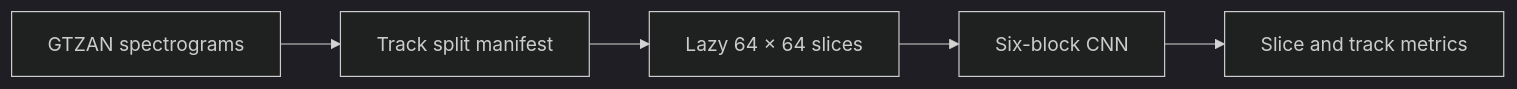
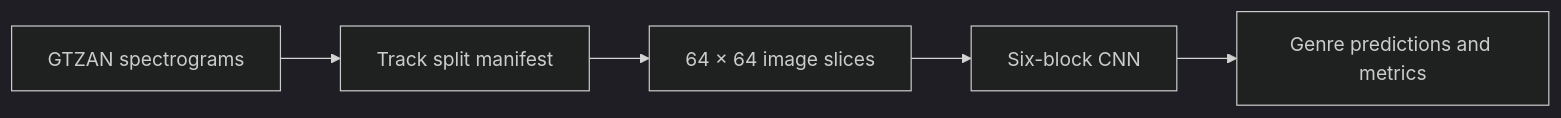
The diagram in README.md (russellmo945/music-genre-classification-cnn), drawn with Mermaid (dark theme) before and after one commit. The commit also changed other lines of this file, not shown here.

Commit message:
Present project architecture, experiments, results, and usage clearly

````diff
--- a/README.md
+++ b/README.md
@@ -31,7 +29,7 @@
 ```mermaid
 flowchart LR
     A[GTZAN spectrograms] --> B[Track split manifest]
-    B --> C[Lazy 64 × 64 slices]
+    B --> C[64 × 64 image slices]
     C --> D[Six-block CNN]
-    D --> E[Slice and track metrics]
+    D --> E[Genre predictions and metrics]
 ```
````
